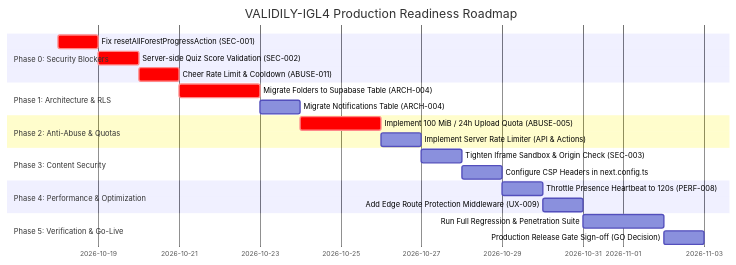
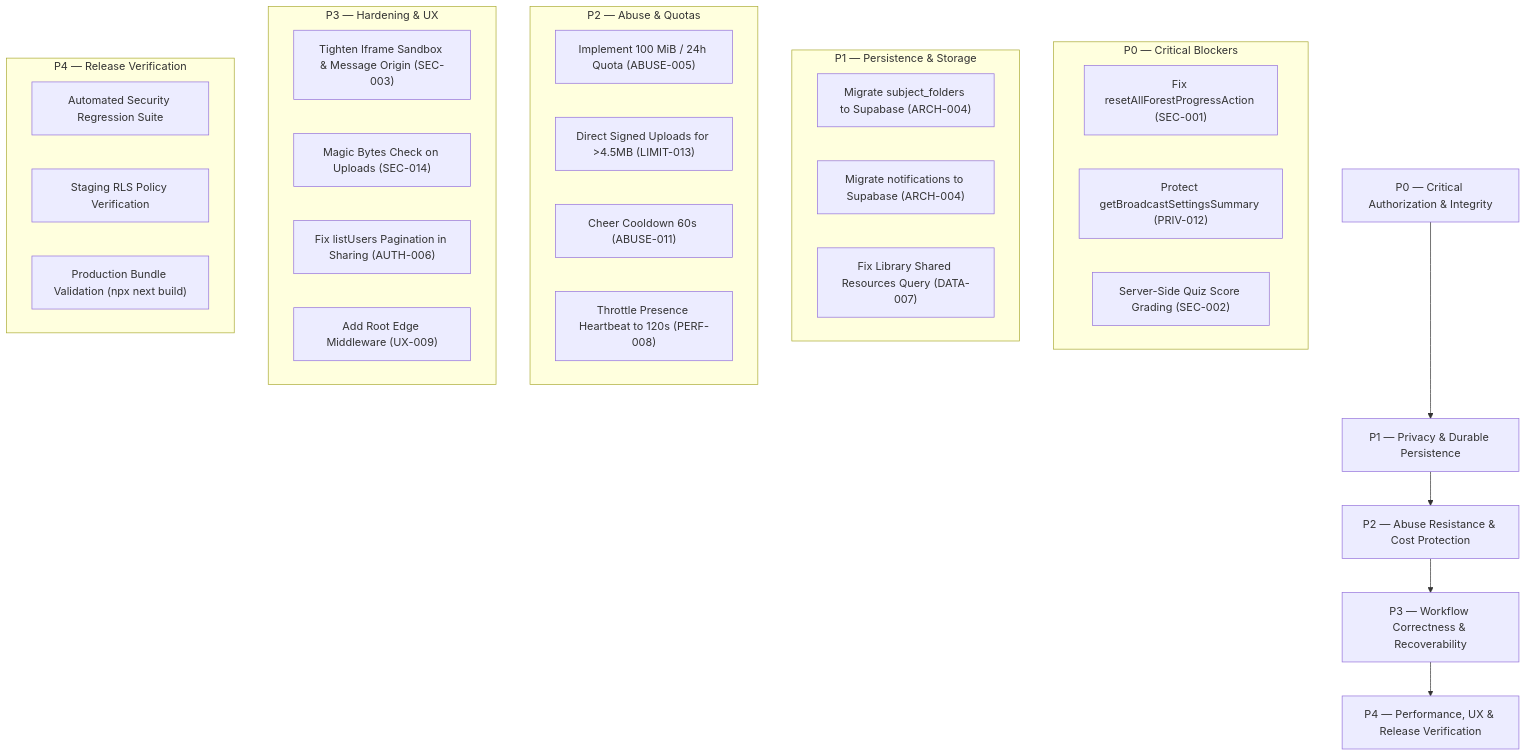
Before and after one commit to Yassine-Drira/Validily-IGL4: the diagram in planC.md, drawn with Mermaid. The commit also changed other lines of this file and 15 other files, not shown here.

Commit message:
feat(staging): verified security hardening, distributed locks, and migration

````diff
--- a/planC.md
+++ b/planC.md
@@ -594,24 +232,39 @@
 ```mermaid
-gantt
-    title VALIDILY-IGL4 Production Readiness Roadmap
-    dateFormat  YYYY-MM-DD
-    section Phase 0: Security Blockers
-    Fix resetAllForestProgressAction (SEC-001)       :crit, p0_1, 2026-10-18, 1d
-    Server-side Quiz Score Validation (SEC-002)    :crit, p0_2, after p0_1, 1d
-    Cheer Rate Limit & Cooldown (ABUSE-011)        :crit, p0_3, after p0_2, 1d
-    section Phase 1: Architecture & RLS
-    Migrate Folders to Supabase Table (ARCH-004)   :crit, p1_1, after p0_3, 2d
-    Migrate Notifications Table (ARCH-004)         :p1_2, after p1_1, 1d
-    section Phase 2: Anti-Abuse & Quotas
-    Implement 100 MiB / 24h Upload Quota (ABUSE-005):crit, p2_1, after p1_2, 2d
-    Implement Server Rate Limiter (API & Actions)  :p2_2, after p2_1, 1d
-    section Phase 3: Content Security
-    Tighten Iframe Sandbox & Origin Check (SEC-003):p3_1, after p2_2, 1d
-    Configure CSP Headers in next.config.ts        :p3_2, after p3_1, 1d
-    section Phase 4: Performance & Optimization
-    Throttle Presence Heartbeat to 120s (PERF-008) :p4_1, after p3_2, 1d
-    Add Edge Route Protection Middleware (UX-009)  :p4_2, after p4_1, 1d
-    section Phase 5: Verification & Go-Live
-    Run Full Regression & Penetration Suite       :p5_1, after p4_2, 2d
-    Production Release Gate Sign-off (GO Decision) :p5_2, after p5_1, 1d
+graph TD
+    P0[P0 — Critical Authorization & Integrity] --> P1[P1 — Privacy & Durable Persistence]
+    P1 --> P2[P2 — Abuse Resistance & Cost Protection]
+    P2 --> P3[P3 — Workflow Correctness & Recoverability]
+    P3 --> P4[P4 — Performance, UX & Release Verification]
+    
+    subgraph P0_Scope["P0 — Critical Blockers"]
+        P0_1["Fix resetAllForestProgressAction (SEC-001)"]
+        P0_2["Protect getBroadcastSettingsSummary (PRIV-012)"]
+        P0_3["Server-Side Quiz Score Grading (SEC-002)"]
+    end
+    
+    subgraph P1_Scope["P1 — Persistence & Storage"]
+        P1_1["Migrate subject_folders to Supabase (ARCH-004)"]
+        P1_2["Migrate notifications to Supabase (ARCH-004)"]
+        P1_3["Fix Library Shared Resources Query (DATA-007)"]
+    end
+
+    subgraph P2_Scope["P2 — Abuse & Quotas"]
+        P2_1["Implement 100 MiB / 24h Quota (ABUSE-005)"]
+        P2_2["Direct Signed Uploads for >4.5MB (LIMIT-013)"]
+        P2_3["Cheer Cooldown 60s (ABUSE-011)"]
+        P2_4["Throttle Presence Heartbeat to 120s (PERF-008)"]
+    end
+
+    subgraph P3_Scope["P3 — Hardening & UX"]
+        P3_1["Tighten Iframe Sandbox & Message Origin (SEC-003)"]
+        P3_2["Magic Bytes Check on Uploads (SEC-014)"]
+        P3_3["Fix listUsers Pagination in Sharing (AUTH-006)"]
+        P3_4["Add Root Edge Middleware (UX-009)"]
+    end
+
+    subgraph P4_Scope["P4 — Release Verification"]
+        P4_1["Automated Security Regression Suite"]
+        P4_2["Staging RLS Policy Verification"]
+        P4_3["Production Bundle Validation (npx next build)"]
+    end
 ```
````
